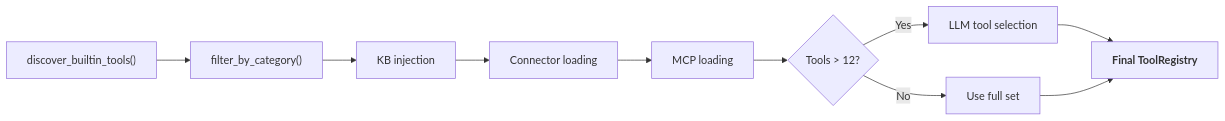
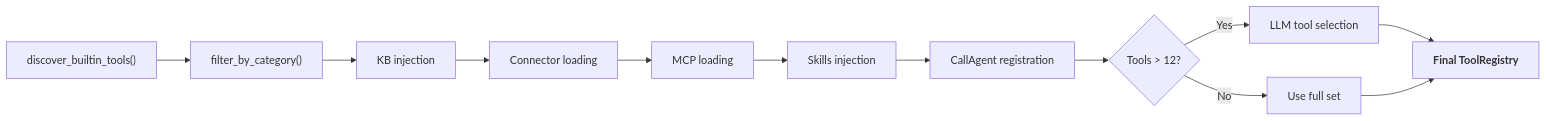
The second of 2 diagrams in docs/architecture/system-overview.mdx (fim-ai/fim-agent), drawn with Mermaid before and after one commit. The commit also changed other lines of this file and 36 other files, not shown here.

````diff
--- a/docs/architecture/system-overview.mdx
+++ b/docs/architecture/system-overview.mdx
@@ -48,12 +57,14 @@
 ```mermaid
 flowchart LR
     A["discover_builtin_tools()"] --> B["filter_by_category()"]
     B --> C["KB injection"]
     C --> D["Connector loading"]
     D --> E["MCP loading"]
-    E --> F{"Tools > 12?"}
+    E --> SK["Skills injection"]
+    SK --> CA["CallAgent registration"]
+    CA --> F{"Tools > 12?"}
     F -->|Yes| G["LLM tool selection"]
     F -->|No| H["Use full set"]
     G --> I["<b>Final ToolRegistry</b>"]
     H --> I
 ```
````
